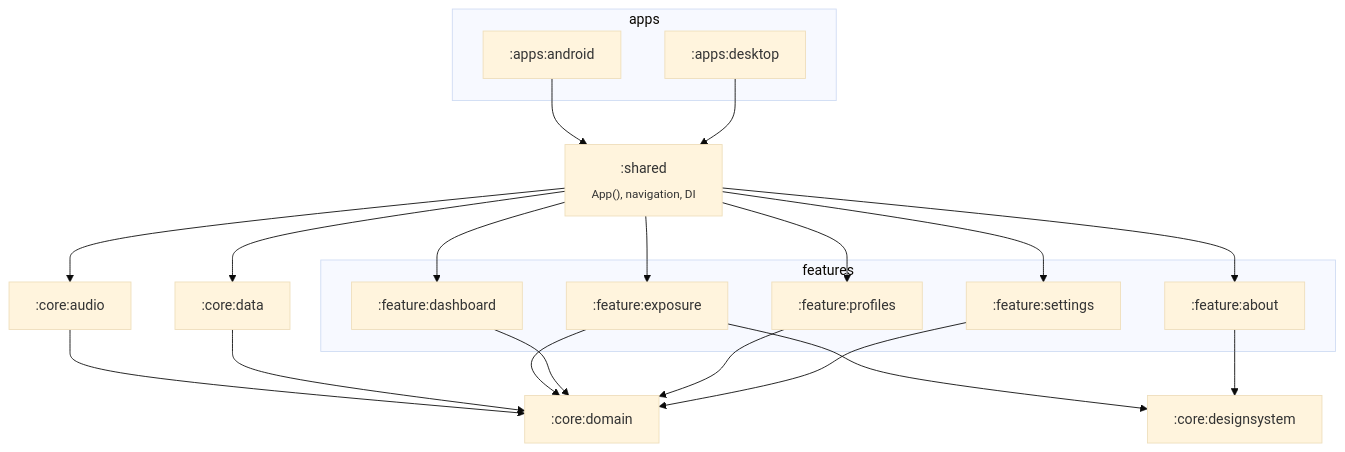
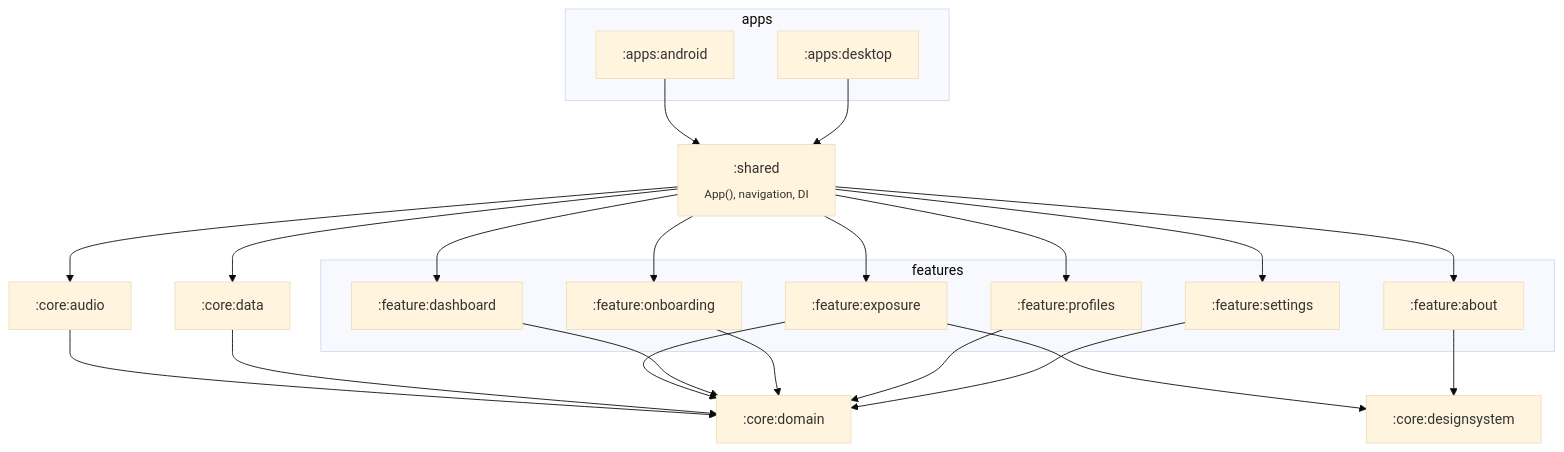
One commit to JeanCarloLond/WHLambda changed the first of 2 diagrams in docs/architecture.md. Above: the diagram before and after it, drawn with Mermaid (base theme). The commit also changed other lines of this file and 2 other files, not shown here.

````diff
--- a/docs/architecture.md
+++ b/docs/architecture.md
@@ -10,36 +10,39 @@
 ```mermaid
 flowchart TB
     subgraph apps
         android[":apps:android"]
         desktop[":apps:desktop"]
     end
     shared[":shared<br/><sub>App(), navigation, DI</sub>"]
     subgraph features
         dashboard[":feature:dashboard"]
         exposure[":feature:exposure"]
+        onboarding[":feature:onboarding"]
         profiles[":feature:profiles"]
         settings[":feature:settings"]
         about[":feature:about"]
     end
     designsystem[":core:designsystem"]
     domain[":core:domain"]
     data[":core:data"]
 
     android --> shared
     desktop --> shared
     shared --> dashboard
     shared --> exposure
+    shared --> onboarding
     shared --> profiles
     shared --> settings
     shared --> about
     shared --> data
     shared --> audio[":core:audio"]
     audio --> domain
     data --> domain
     exposure --> designsystem
     exposure --> domain
     dashboard --> domain
+    onboarding --> domain
     profiles --> domain
     settings --> domain
     about --> designsystem
 ```
````
